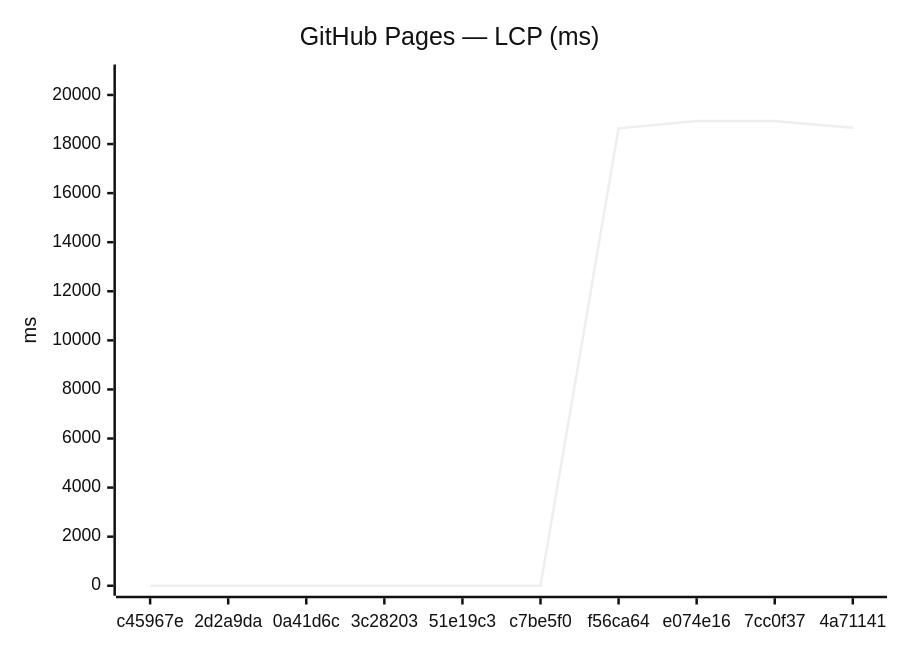
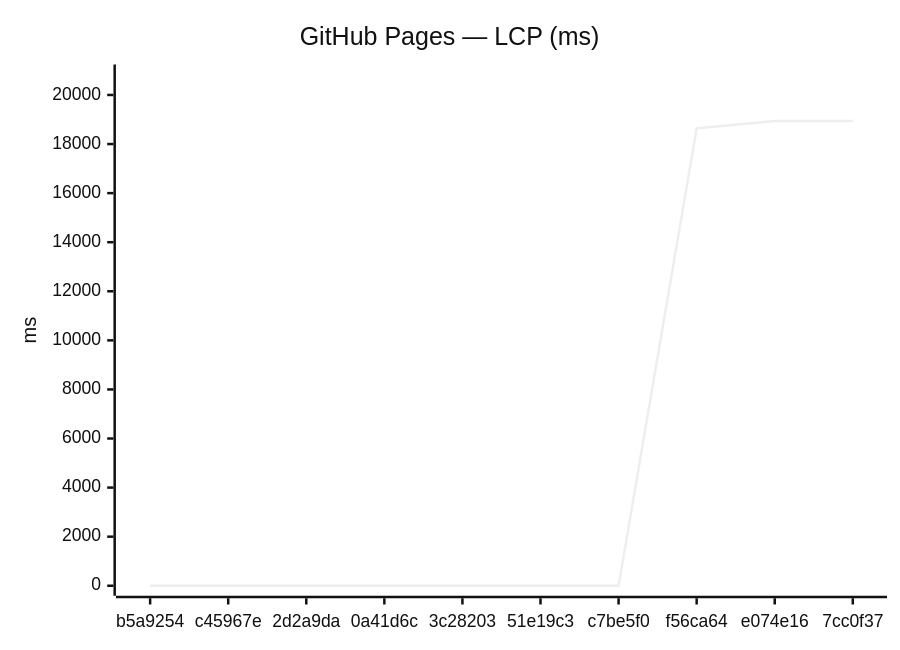
Before and after one commit to Metaheurist/Rianell: the third of 18 diagrams in benchmarks/compare.md, drawn with Mermaid (neutral theme). The commit also changed other lines of this file and 11 other files, not shown here.

````diff
--- a/benchmarks/compare.md
+++ b/benchmarks/compare.md
@@ -54,7 +54,7 @@
 ```mermaid
 xychart-beta
     title "GitHub Pages — LCP (ms)"
-    x-axis ["c45967e", "2d2a9da", "0a41d6c", "3c28203", "51e19c3", "c7be5f0", "f56ca64", "e074e16", "7cc0f37", "4a71141"]
+    x-axis ["b5a9254", "c45967e", "2d2a9da", "0a41d6c", "3c28203", "51e19c3", "c7be5f0", "f56ca64", "e074e16", "7cc0f37"]
     y-axis "ms" 0 --> 20834
-    line [0, 0, 0, 0, 0, 0, 18641, 18940, 18936, 18660]
+    line [0, 0, 0, 0, 0, 0, 0, 18641, 18940, 18936]
 ```
````
